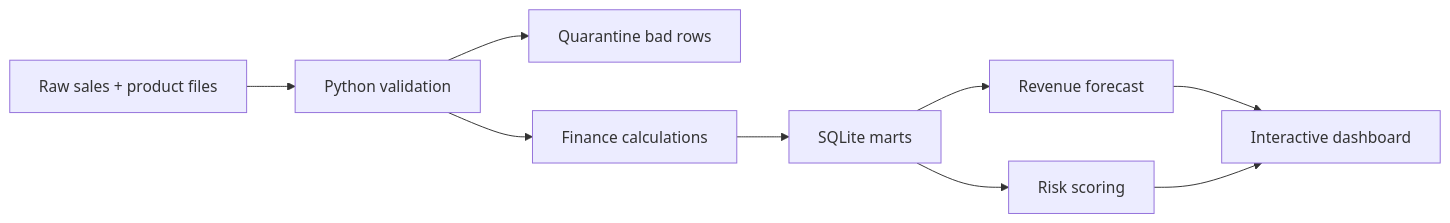
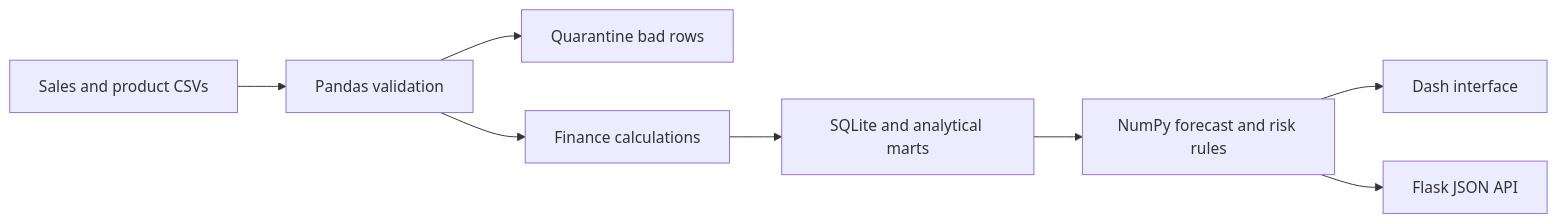
The diagram in README.md (dismality/vantageops), drawn with Mermaid before and after one commit. The commit also changed other lines of this file and 40 other files, not shown here.

Commit message:
Replace TypeScript dashboard with Python app and API

````diff
--- a/README.md
+++ b/README.md
@@ -24,11 +76,10 @@
-```mermaid
+~~~mermaid
 flowchart LR
-  A[Raw sales + product files] --> B[Python validation]
+  A[Sales and product CSVs] --> B[Pandas validation]
   B --> C[Quarantine bad rows]
   B --> D[Finance calculations]
-  D --> E[SQLite marts]
-  E --> F[Revenue forecast]
-  E --> G[Risk scoring]
-  F --> H[Interactive dashboard]
-  G --> H
-```
+  D --> E[SQLite and analytical marts]
+  E --> F[NumPy forecast and risk rules]
+  F --> G[Dash interface]
+  F --> H[Flask JSON API]
+~~~
````
